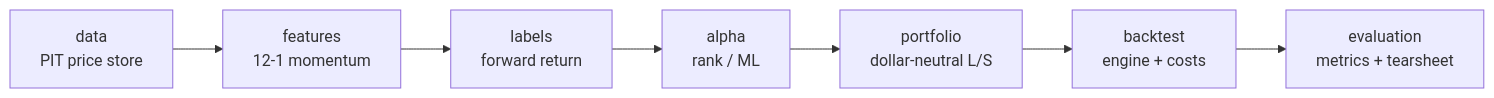
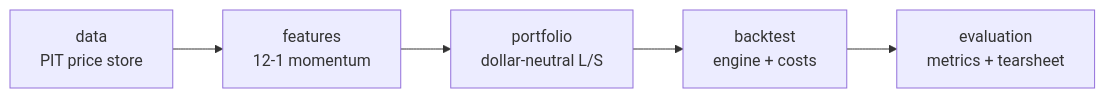
One commit to Tenthflare/quantlab changed the diagram in README.md. Above: the diagram before and after it, drawn with Mermaid. The commit also changed other lines of this file and 2 other files, not shown here.

Commit message:
Complete README.md and ARCHITECTURE.md

````diff
--- a/README.md
+++ b/README.md
@@ -38,9 +38,7 @@
 ```mermaid
 flowchart LR
     data[data<br/>PIT price store] --> features[features<br/>12-1 momentum]
-    features --> labels[labels<br/>forward return]
-    labels --> alpha[alpha<br/>rank / ML]
-    alpha --> portfolio[portfolio<br/>dollar-neutral L/S]
+    features --> portfolio[portfolio<br/>dollar-neutral L/S]
     portfolio --> backtest[backtest<br/>engine + costs]
     backtest --> evaluation[evaluation<br/>metrics + tearsheet]
 ```
````
